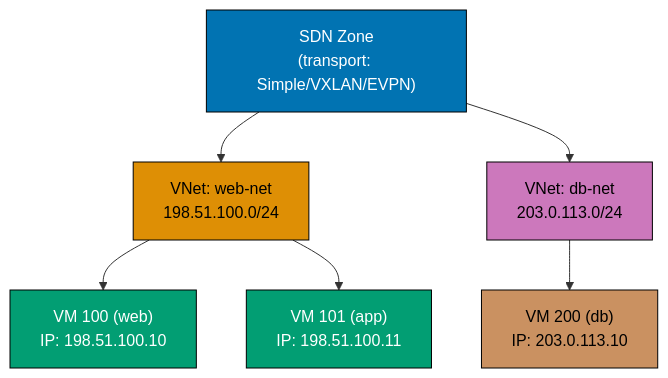
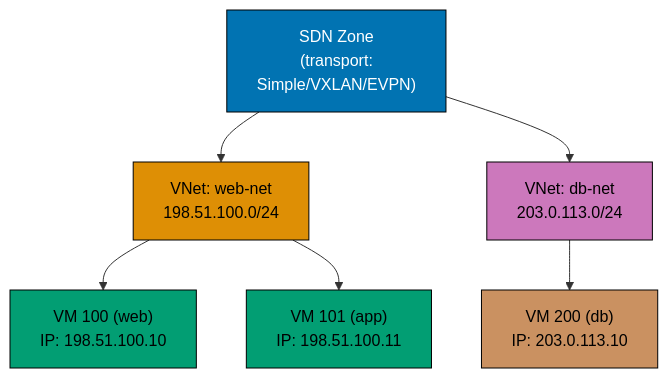
The sixth of 9 diagrams in apps/ayokoding-www/content/en/learn/legacy/software-engineering/infrastructure/tools/proxmox/by-example/intermediate.md (wahidyankf/ose-public), drawn with Mermaid before and after one commit. The commit also changed other lines of this file and 131 other files, not shown here.

First line of the commit message:
fix(mermaid): bring the legacy data, infrastructure, and testing diagrams onto the accessible palette

````diff
--- a/apps/ayokoding-www/content/en/learn/legacy/software-engineering/infrastructure/tools/proxmox/by-example/intermediate.md
+++ b/apps/ayokoding-www/content/en/learn/legacy/software-engineering/infrastructure/tools/proxmox/by-example/intermediate.md
@@ -786,16 +821,24 @@
 ```mermaid
 %% Color Palette: Blue #0173B2, Orange #DE8F05, Teal #029E73, Purple #CC78BC, Brown #CA9161
 graph TD
-    A["SDN Zone<br/>(transport: Simple/VXLAN/EVPN)"] --> B["VNet: web-net<br/>198.51.100.0/24"]
+    accTitle: Example 43: Configure SDN: Zone, VNet, and Subnet
+    accDescr: Graph with 6 nodes and 5 connections. Nodes: SDN Zone (transport: Simple/VXLAN/EVPN), VNet: web-net 198.51.100.0/24, VNet: db-net 203.0.113.0/24, VM 100 (web) IP: 198.51.100.10, VM 101 (app) IP: 198.51.100.11, VM 200 (db) IP: 203.0.113.10. Connections: SDN Zone (transport: Simple/VXLAN/EVPN) to VNet: web-net 198.51.100.0/24, SDN Zone (transport: Simple/VXLAN/EVPN) to VNet: db-net 203.0.113.0/24, VNet: web-net 198.51.100.0/24 to VM 100 (web) IP: 198.51.100.10, VNet: web-net 198.51.100.0/24 to VM 101 (app) IP: 198.51.100.11, VNet: db-net 203.0.113.0/24 to VM 200 (db) IP: 203.0.113.10.
+    A["SDN Zone<br/>(transport:<br/>Simple/VXLAN/EVPN)"] --> B["VNet: web-net<br/>198.51.100.0/24"]
     A --> C["VNet: db-net<br/>203.0.113.0/24"]
     B --> D["VM 100 (web)<br/>IP: 198.51.100.10"]
     B --> E["VM 101 (app)<br/>IP: 198.51.100.11"]
     C --> F["VM 200 (db)<br/>IP: 203.0.113.10"]
 
-    style A fill:#0173B2,color:#fff,stroke:#000
-    style B fill:#DE8F05,color:#000,stroke:#000
-    style C fill:#CC78BC,color:#000,stroke:#000
-    style D fill:#029E73,color:#fff,stroke:#000
-    style E fill:#029E73,color:#fff,stroke:#000
-    style F fill:#CA9161,color:#000,stroke:#000
+    classDef pal-0173B2 fill:#0173B2,stroke:#000000,color:#FFFFFF
+    class A pal-0173B2
+    classDef pal-DE8F05 fill:#DE8F05,stroke:#000000,color:#000000
+    class B pal-DE8F05
+    classDef pal-CC78BC fill:#CC78BC,stroke:#000000,color:#000000
+    class C pal-CC78BC
+    classDef pal-029E73 fill:#029E73,stroke:#000000,color:#000000
+    class D pal-029E73
+    class E pal-029E73
+    classDef pal-CA9161 fill:#CA9161,stroke:#000000,color:#000000
+    class F pal-CA9161
+    classDef default fill:#FFFFFF,stroke:#000000,color:#000000
 ```
````
